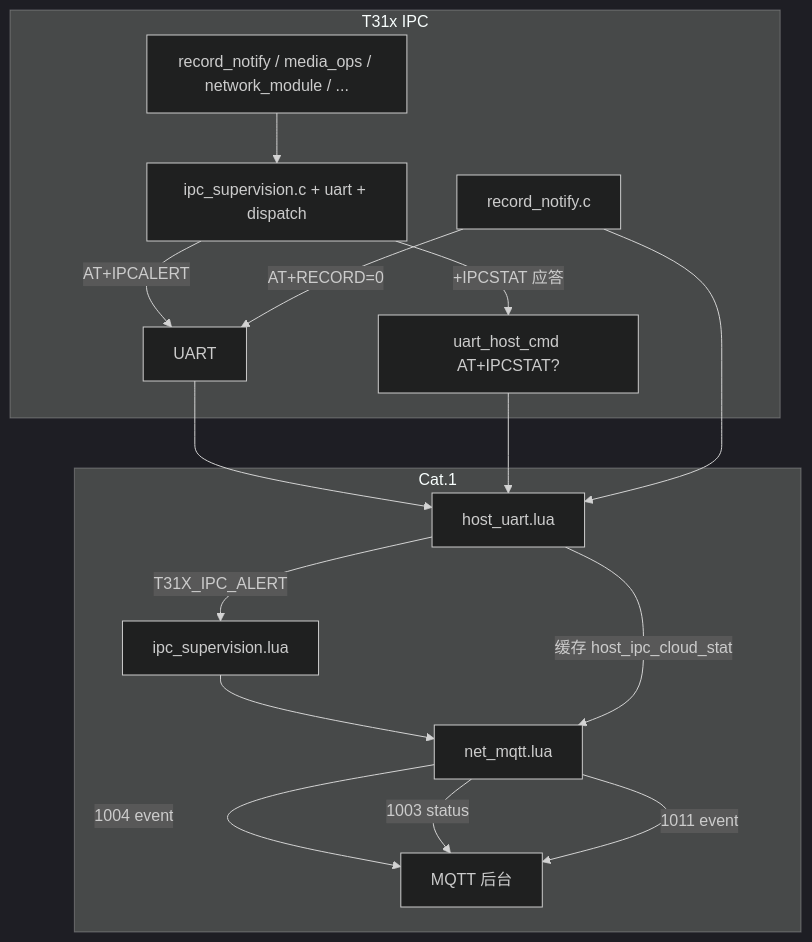
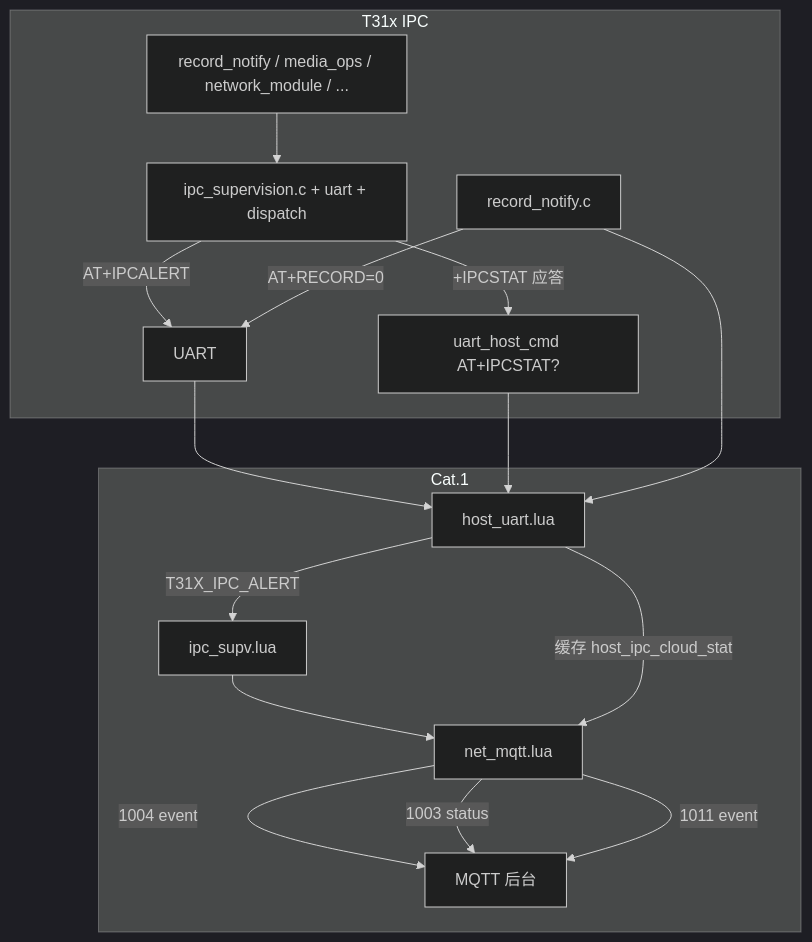
Before and after one commit to dzr1986/AIR780EHM: the first of 3 diagrams in doc/T31X_IPC_CAT1_SUPERVISION.md, drawn with Mermaid (dark theme). The commit also changed other lines of this file and 27 other files, not shown here.

````diff
--- a/doc/T31X_IPC_CAT1_SUPERVISION.md
+++ b/doc/T31X_IPC_CAT1_SUPERVISION.md
@@ -64,24 +64,24 @@
 ```mermaid
 flowchart TB
     subgraph IPC["T31x IPC"]
         D1[record_notify / media_ops / network_module / ...]
         HUB[ipc_supervision.c + uart + dispatch]
         D1 --> HUB
         HUB -->|AT+IPCALERT| UART
         RN[record_notify.c] -->|AT+RECORD=0| UART
         HUB -->|+IPCSTAT 应答| UART2[uart_host_cmd AT+IPCSTAT?]
     end
     subgraph CAT1["Cat.1"]
         HU[host_uart.lua]
-        SUP[ipc_supervision.lua]
+        SUP[ipc_supv.lua]
         MQ[net_mqtt.lua]
         UART --> HU
         UART2 --> HU
         RN --> HU
         HU -->|T31X_IPC_ALERT| SUP --> MQ
         HU -->|缓存 host_ipc_cloud_stat| MQ
         MQ -->|1004 event| BE[MQTT 后台]
         MQ -->|1003 status| BE
         MQ -->|1011 event| BE
     end
 ```
````
